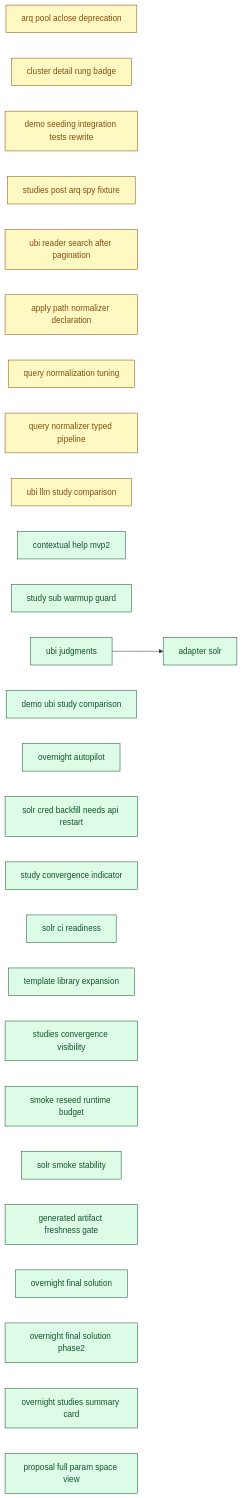
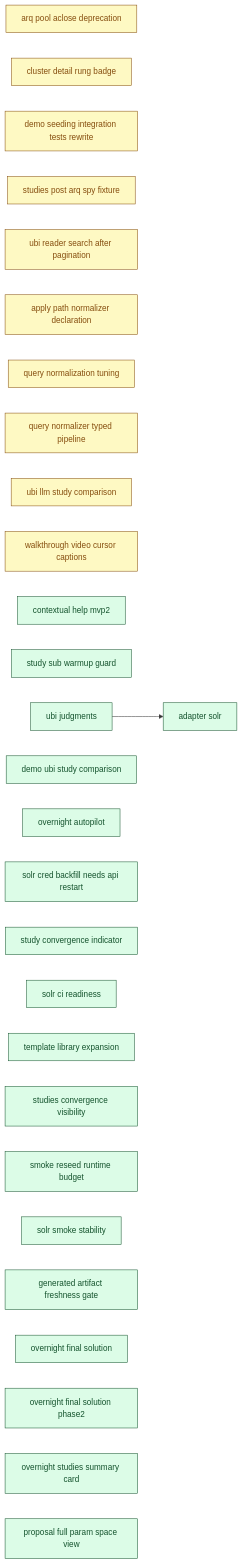
Before and after one commit to SoundMindsAI/relyloop: the diagram in docs/00_overview/MVP2_DASHBOARD.md, drawn with Mermaid. The commit also changed other lines of this file and 99 other files, not shown here.

First line of the commit message:
feat(guides): walkthrough video cursor + smoother pacing + WebVTT step captions (#451)

````diff
--- a/docs/00_overview/MVP2_DASHBOARD.md
+++ b/docs/00_overview/MVP2_DASHBOARD.md
@@ -113,63 +114,65 @@
 ```mermaid
 graph LR
   classDef done fill:#dcfce7,stroke:#14532d,color:#14532d;
   classDef implement fill:#ffedd5,stroke:#9a3412,color:#9a3412;
   classDef plan fill:#fef9c3,stroke:#854d0e,color:#854d0e;
   classDef spec fill:#dbeafe,stroke:#1e40af,color:#1e40af;
   classDef idea fill:#f1f5f9,stroke:#334155,color:#334155;
   chore_arq_pool_aclose_deprecation["arq pool aclose deprecation"]
   class chore_arq_pool_aclose_deprecation plan;
   chore_cluster_detail_rung_badge["cluster detail rung badge"]
   class chore_cluster_detail_rung_badge plan;
   chore_demo_seeding_integration_tests_rewrite["demo seeding integration tests rewrite"]
   class chore_demo_seeding_integration_tests_rewrite plan;
   chore_studies_post_arq_spy_fixture["studies post arq spy fixture"]
   class chore_studies_post_arq_spy_fixture plan;
   chore_ubi_reader_search_after_pagination["ubi reader search after pagination"]
   class chore_ubi_reader_search_after_pagination plan;
   feat_apply_path_normalizer_declaration["apply path normalizer declaration"]
   class feat_apply_path_normalizer_declaration plan;
   feat_query_normalization_tuning["query normalization tuning"]
   class feat_query_normalization_tuning plan;
   feat_query_normalizer_typed_pipeline["query normalizer typed pipeline"]
   class feat_query_normalizer_typed_pipeline plan;
   feat_ubi_llm_study_comparison["ubi llm study comparison"]
   class feat_ubi_llm_study_comparison plan;
+  feat_walkthrough_video_cursor_captions["walkthrough video cursor captions"]
+  class feat_walkthrough_video_cursor_captions plan;
   feat_contextual_help_mvp2["contextual help mvp2"]
   class feat_contextual_help_mvp2 done;
   feat_study_sub_warmup_guard["study sub warmup guard"]
   class feat_study_sub_warmup_guard done;
   feat_ubi_judgments["ubi judgments"]
   class feat_ubi_judgments done;
   feat_demo_ubi_study_comparison["demo ubi study comparison"]
   class feat_demo_ubi_study_comparison done;
   feat_overnight_autopilot["overnight autopilot"]
   class feat_overnight_autopilot done;
   infra_adapter_solr["adapter solr"]
   class infra_adapter_solr done;
   chore_solr_cred_backfill_needs_api_restart["solr cred backfill needs api restart"]
   class chore_solr_cred_backfill_needs_api_restart done;
   feat_study_convergence_indicator["study convergence indicator"]
   class feat_study_convergence_indicator done;
   infra_solr_ci_readiness["solr ci readiness"]
   class infra_solr_ci_readiness done;
   chore_template_library_expansion["template library expansion"]
   class chore_template_library_expansion done;
   feat_studies_convergence_visibility["studies convergence visibility"]
   class feat_studies_convergence_visibility done;
   infra_smoke_reseed_runtime_budget["smoke reseed runtime budget"]
   class infra_smoke_reseed_runtime_budget done;
   infra_solr_smoke_stability["solr smoke stability"]
   class infra_solr_smoke_stability done;
   infra_generated_artifact_freshness_gate["generated artifact freshness gate"]
   class infra_generated_artifact_freshness_gate done;
   feat_overnight_final_solution["overnight final solution"]
   class feat_overnight_final_solution done;
   feat_overnight_final_solution_phase2["overnight final solution phase2"]
   class feat_overnight_final_solution_phase2 done;
   feat_overnight_studies_summary_card["overnight studies summary card"]
   class feat_overnight_studies_summary_card done;
   feat_proposal_full_param_space_view["proposal full param space view"]
   class feat_proposal_full_param_space_view done;
   feat_ubi_judgments --> infra_adapter_solr
 ```
````
